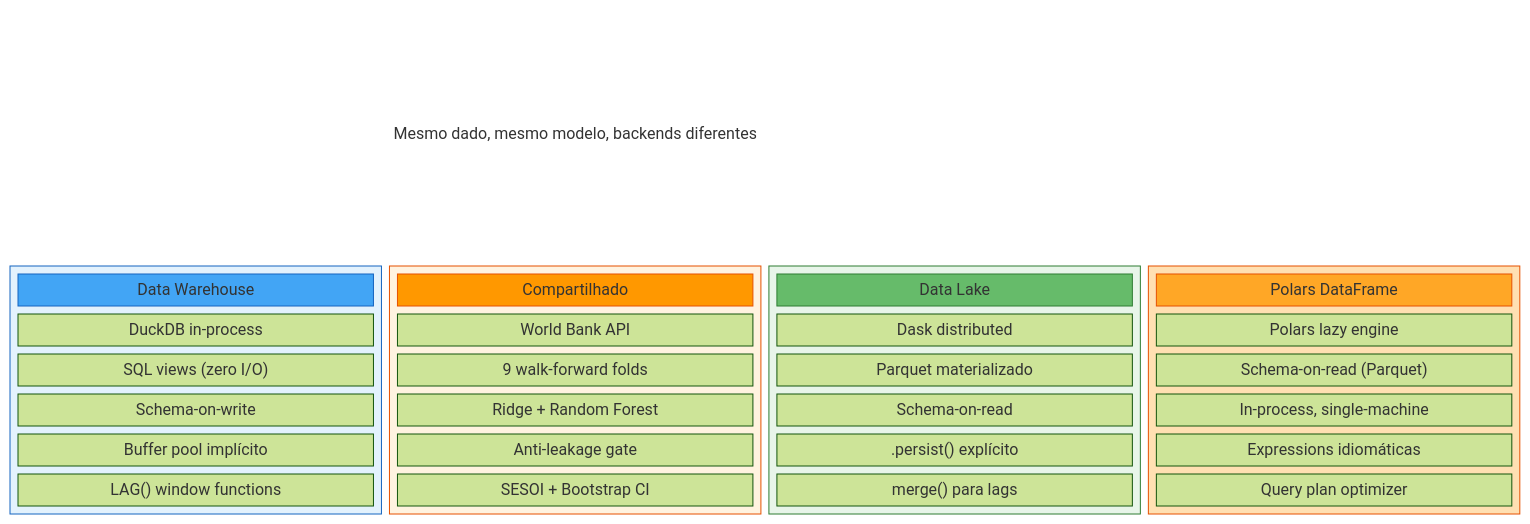
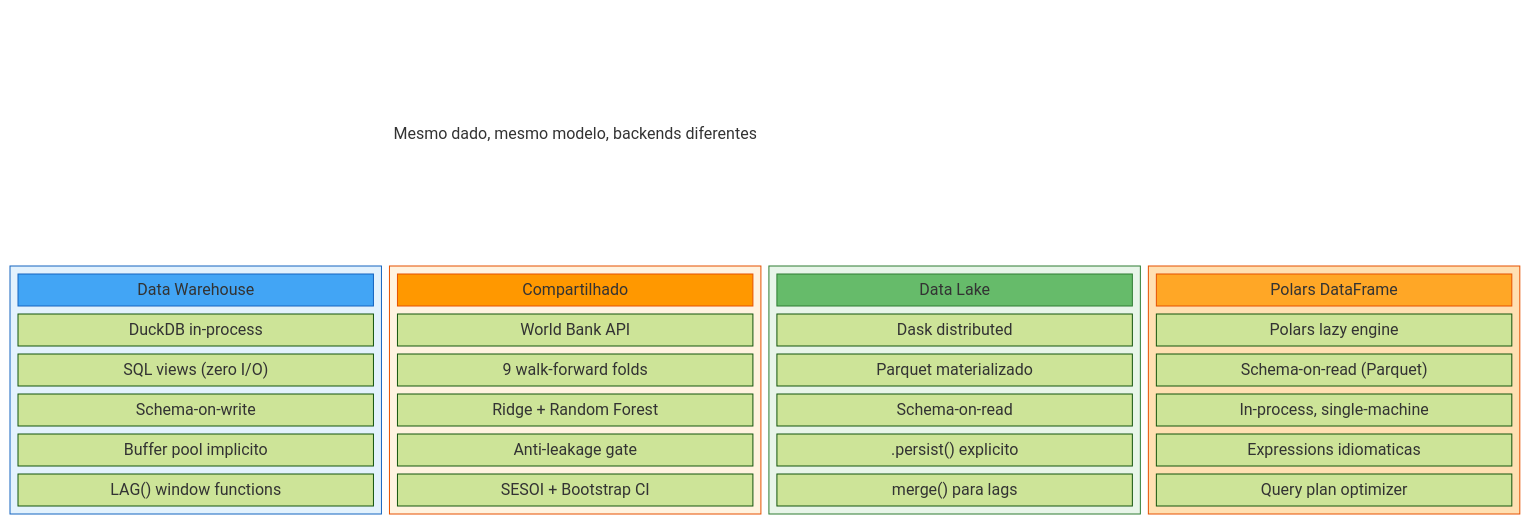
The fourth of 4 diagrams in README.md (DATA-UFMS/rampart-framework), drawn with Mermaid (forest theme) before and after one commit. The commit also changed other lines of this file and 2 other files, not shown here.

````diff
--- a/README.md
+++ b/README.md
@@ -129,56 +129,56 @@
 ```mermaid
 block-beta
     columns 4
 
     space header["Mesmo dado, mesmo modelo, backends diferentes"] space space
 
     block:dw:1
         columns 1
         dw_title["Data Warehouse"]
         dw1["DuckDB in-process"]
         dw2["SQL views (zero I/O)"]
         dw3["Schema-on-write"]
-        dw4["Buffer pool implícito"]
+        dw4["Buffer pool implicito"]
         dw5["LAG() window functions"]
     end
 
     block:shared:1
         columns 1
         sh_title["Compartilhado"]
         sh1["World Bank API"]
         sh2["9 walk-forward folds"]
         sh3["Ridge + Random Forest"]
         sh4["Anti-leakage gate"]
         sh5["SESOI + Bootstrap CI"]
     end
 
     block:dl:1
         columns 1
         dl_title["Data Lake"]
         dl1["Dask distributed"]
         dl2["Parquet materializado"]
         dl3["Schema-on-read"]
-        dl4[".persist() explícito"]
+        dl4[".persist() explicito"]
         dl5["merge() para lags"]
     end
 
     block:pl:1
         columns 1
         pl_title["Polars DataFrame"]
         pl1["Polars lazy engine"]
         pl2["Schema-on-read (Parquet)"]
         pl3["In-process, single-machine"]
-        pl4["Expressions idiomáticas"]
+        pl4["Expressions idiomaticas"]
         pl5["Query plan optimizer"]
     end
 
     style header fill:transparent,stroke:none,color:#333
     style dw_title fill:#42a5f5,stroke:#1565c0,color:#fff
     style dl_title fill:#66bb6a,stroke:#2e7d32,color:#fff
     style pl_title fill:#ffa726,stroke:#e65100,color:#fff
     style sh_title fill:#ff9800,stroke:#e65100,color:#fff
     style dw fill:#e3f2fd,stroke:#1565c0
     style shared fill:#fff3e0,stroke:#e65100
     style dl fill:#e8f5e9,stroke:#2e7d32
     style pl fill:#ffe0b2,stroke:#e65100
 ```
````
